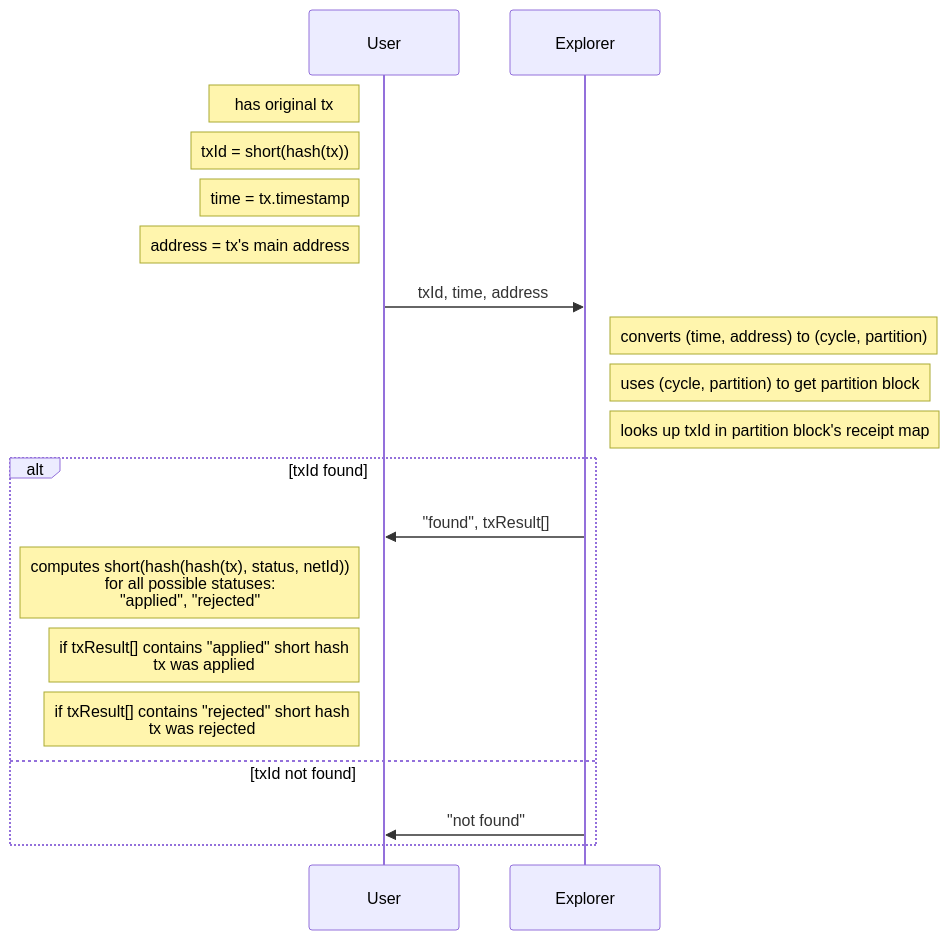
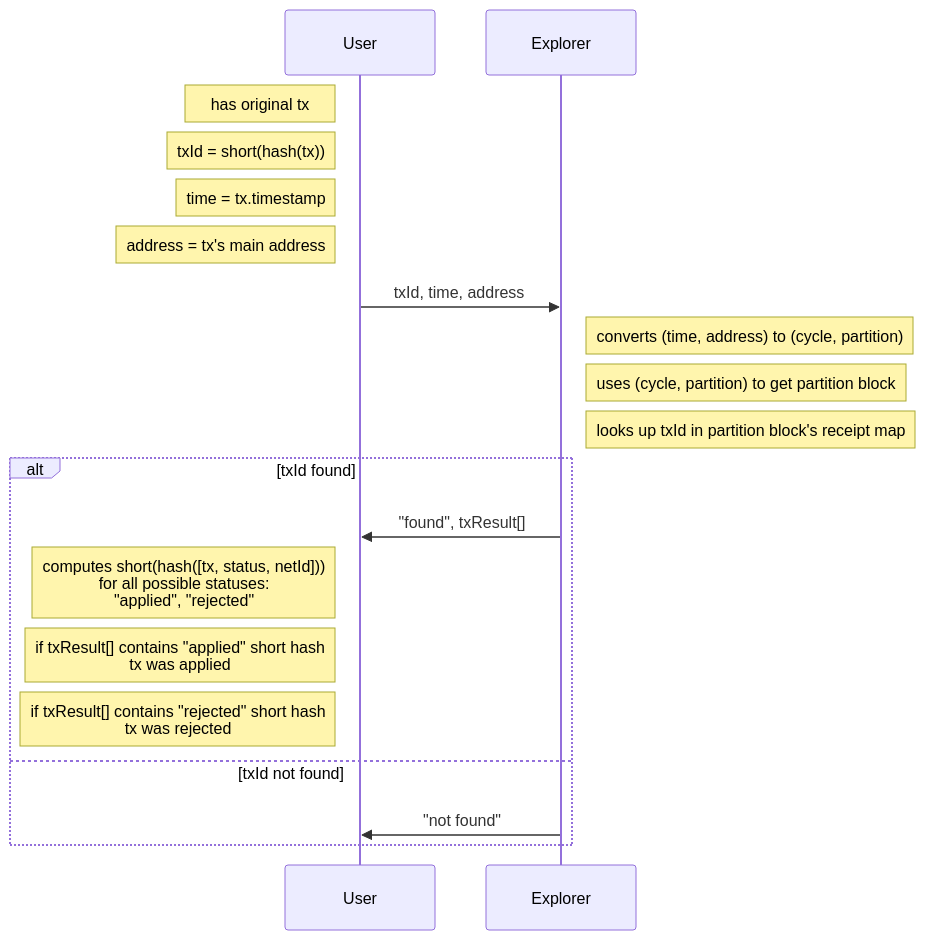
Before and after one commit to shardeum/shardus-core: the diagram in docs/tx-receipt-seq-diagram.md, drawn with Mermaid.

````diff
--- a/docs/tx-receipt-seq-diagram.md
+++ b/docs/tx-receipt-seq-diagram.md
@@ -1,31 +1,31 @@
 ```mermaid
 sequenceDiagram
 
     participant U as User
     participant E as Explorer
 
     Note left of U: has original tx
     Note left of U: txId = short(hash(tx))
     Note left of U: time = tx.timestamp
     Note left of U: address = tx's main address
 
 	U->>E: txId, time, address
 
     Note right of E: converts (time, address) to (cycle, partition)
     Note right of E: uses (cycle, partition) to get partition block
     Note right of E: looks up txId in partition block's receipt map
 
     alt txId found
 
       E->>U: "found", txResult[]
 
-      Note left of U: computes short(hash(hash(tx), status, netId)) <br/> for all possible statuses: <br/> "applied", "rejected"
+      Note left of U: computes short(hash([tx, status, netId])) <br/> for all possible statuses: <br/> "applied", "rejected"
       Note left of U: if txResult[] contains "applied" short hash <br/> tx was applied
       Note left of U: if txResult[] contains "rejected" short hash <br/> tx was rejected
 
     else txId not found
 
       E->>U: "not found"
 
     end
 ```
````
